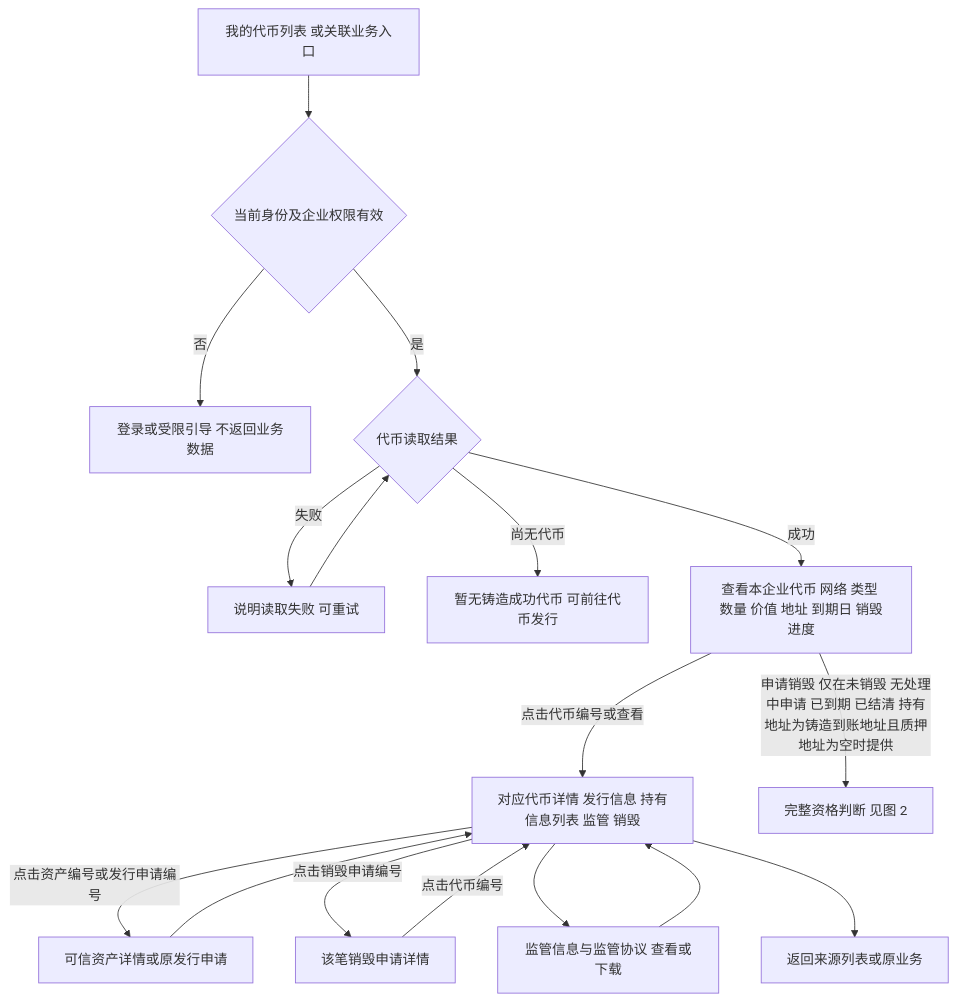
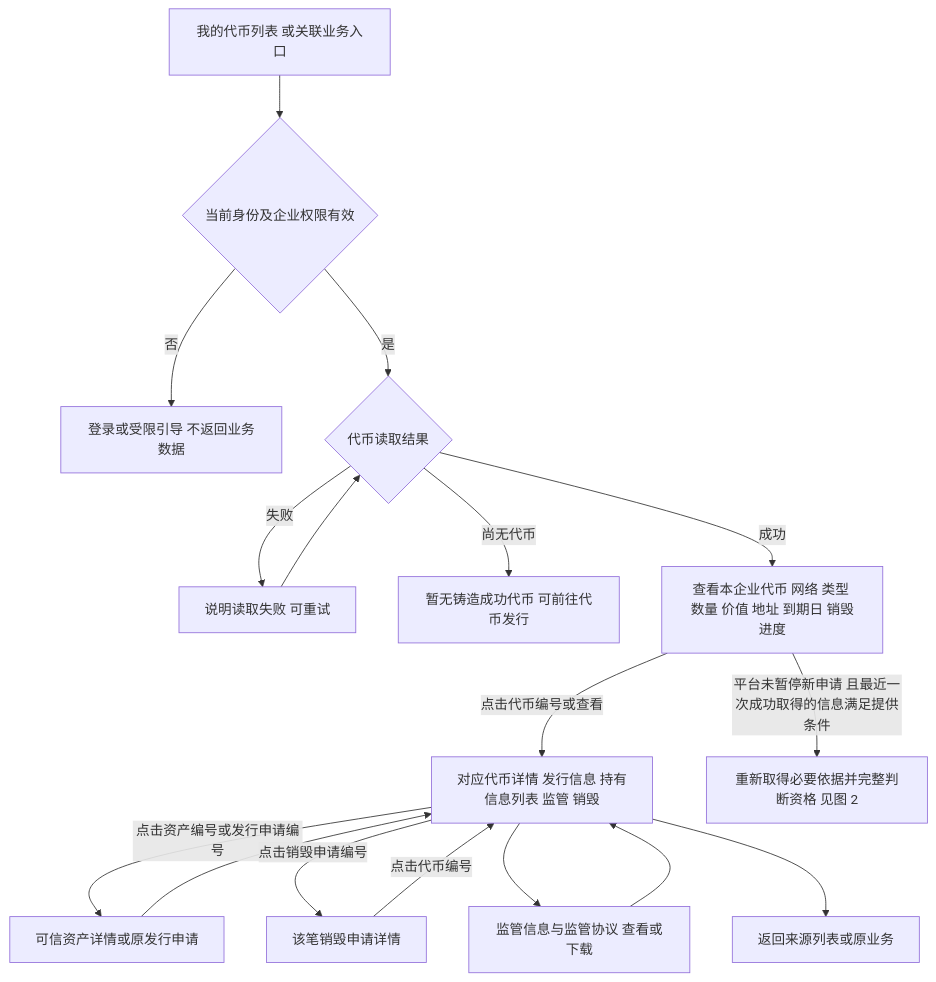
Before and after one commit to wxblockchain/Chain-Financing: the first of 4 diagrams in token-issuance-platform/PRD/面客端/M4a-我的代币与销毁申请/02-我的代币与销毁申请-流程图与状态机.md, drawn with Mermaid. The commit also changed other lines of this file and 5 other files, not shown here.

````diff
--- a/token-issuance-platform/PRD/面客端/M4a-我的代币与销毁申请/02-我的代币与销毁申请-流程图与状态机.md
+++ b/token-issuance-platform/PRD/面客端/M4a-我的代币与销毁申请/02-我的代币与销毁申请-流程图与状态机.md
@@ -17,19 +17,19 @@
 ```mermaid
 flowchart TD
     A[我的代币列表 或关联业务入口] --> B{当前身份及企业权限有效}
     B -->|否| C[登录或受限引导 不返回业务数据]
     B -->|是| D{代币读取结果}
     D -->|失败| E[说明读取失败 可重试]
     E --> D
     D -->|尚无代币| F[暂无铸造成功代币 可前往代币发行]
     D -->|成功| G[查看本企业代币 网络 类型 数量 价值 地址 到期日 销毁进度]
     G -->|点击代币编号或查看| H[对应代币详情 发行信息 持有信息列表 监管 销毁]
-    G -->|申请销毁 仅在未销毁 无处理中申请 已到期 已结清 持有地址为铸造到账地址且质押地址为空时提供| X[完整资格判断 见图 2]
+    G -->|平台未暂停新申请 且最近一次成功取得的信息满足提供条件| X[重新取得必要依据并完整判断资格 见图 2]
     H -->|点击资产编号或发行申请编号| I[可信资产详情或原发行申请]
     I --> H
     H -->|点击销毁申请编号| J[该笔销毁申请详情]
     J -->|点击代币编号| H
     H --> P[监管信息与监管协议 查看或下载]
     P --> H
     H --> K[返回来源列表或原业务]
 ```
````
